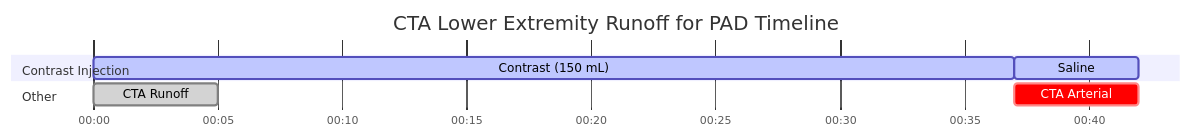
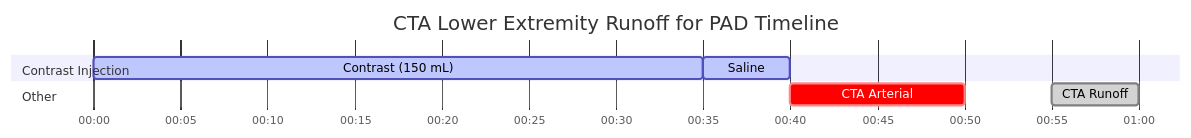
One commit to dfergs93/radiology-protocols changed the diagram in docs/ct/vascular/cta-lower-extremity-runoff-for-pad.md. Above: the diagram before and after it, drawn with Mermaid. The commit also changed other lines of this file and 26 other files, not shown here.

````diff
--- a/docs/ct/vascular/cta-lower-extremity-runoff-for-pad.md
+++ b/docs/ct/vascular/cta-lower-extremity-runoff-for-pad.md
@@ -86,19 +88,19 @@
   ```mermaid
   ---
   displayMode: compact
   config:
     theme: default
     themeCSS: " #Saline{ fill: #4ed5ff; stroke: #2094f3; } "
   ---
     gantt
       title CTA Lower Extremity Runoff for PAD Timeline
       dateFormat mm:ss
       axisFormat %M:%S 
       
       section Contrast Injection
-      Contrast (150 mL)    :active, contrast, 00:00, 37s
+      Contrast (150 mL)    :active, contrast, 00:00, 35s
       Saline          :active, saline, after contrast, 5s
       section Other
-      CTA Arterial    :crit, scan1, after contrast, 5s
-      CTA Runoff    :done, scan2, after CTA Arterial, 5s
+      CTA Arterial    :crit, scan1, after saline, 10s
+      CTA Runoff    :done, scan2, 00:55, 5s
   ```
````
